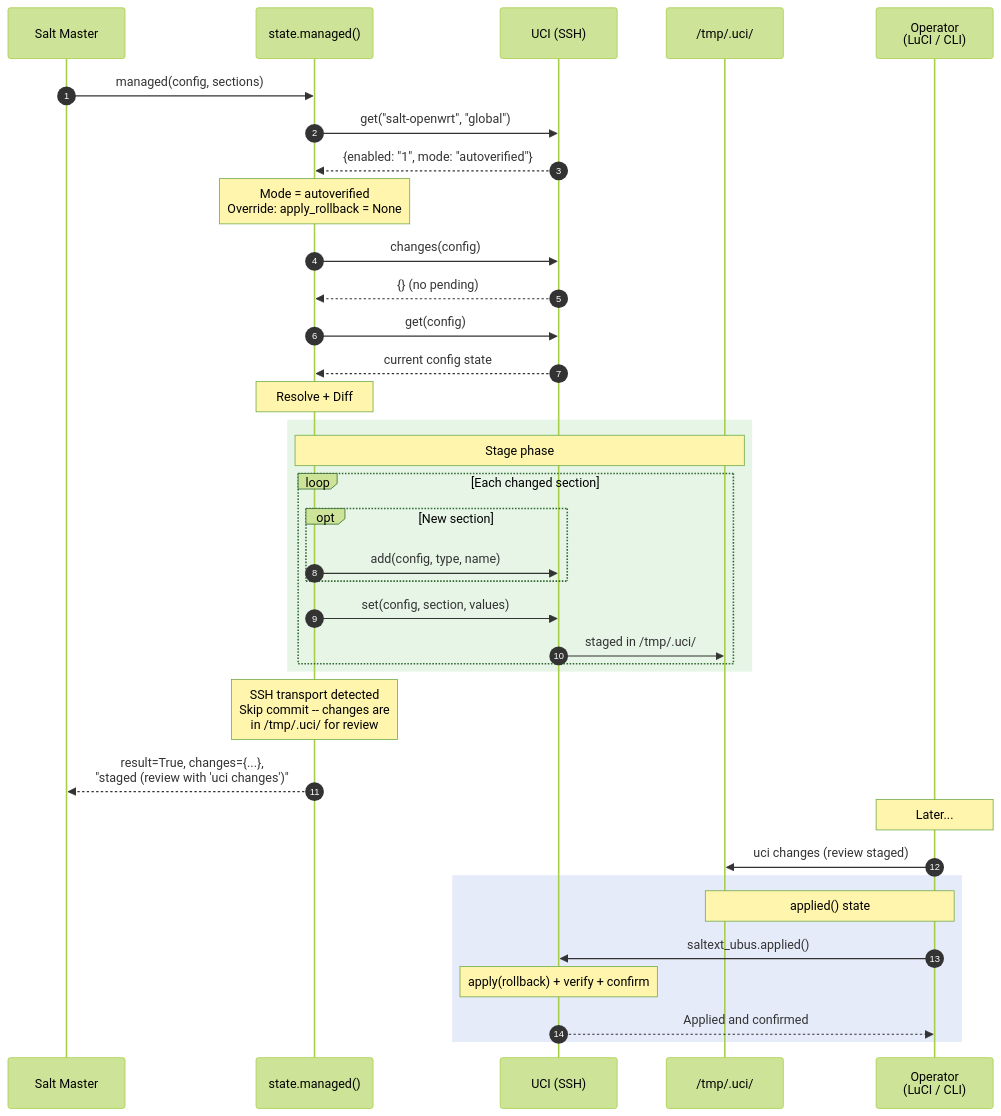
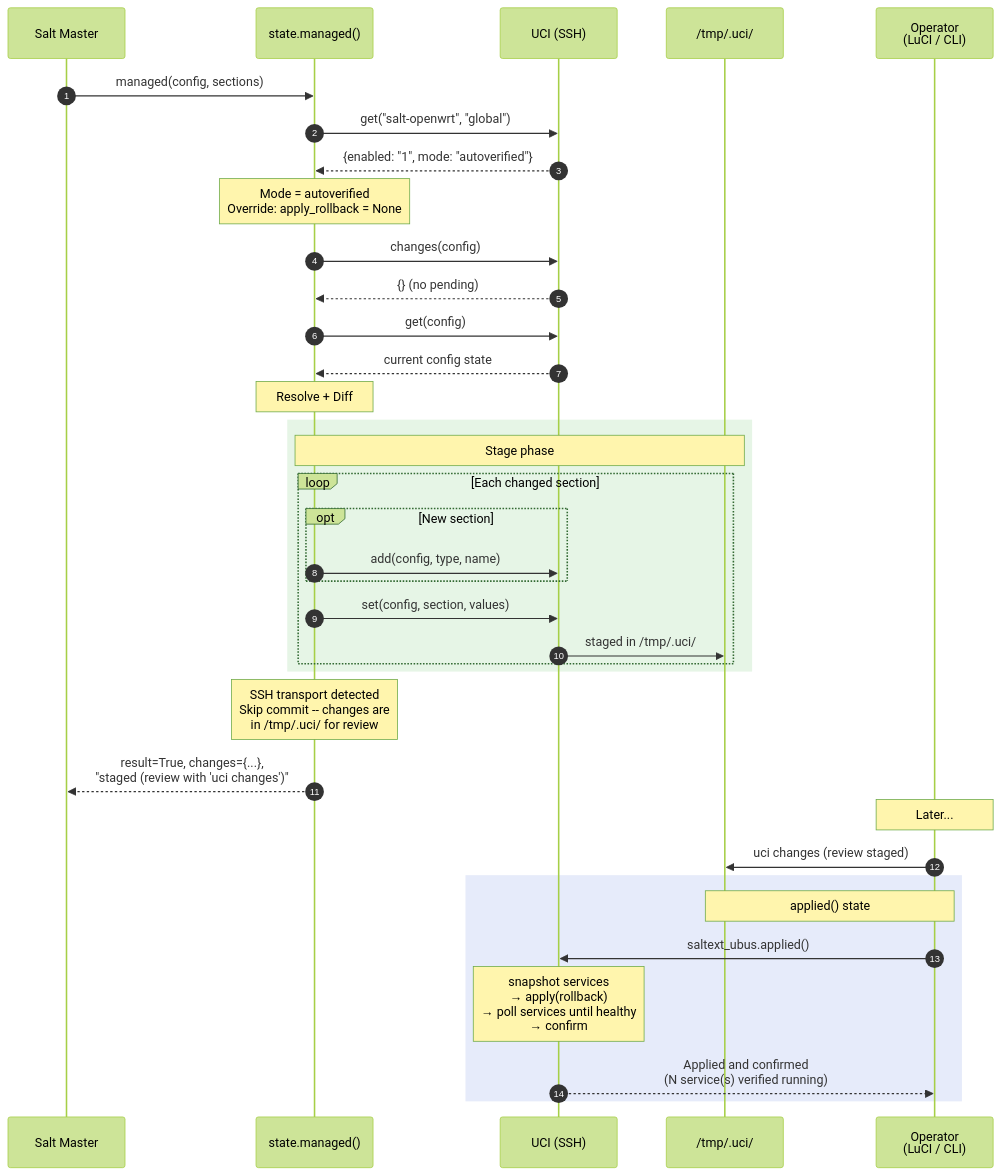
Before and after one commit to cprima-homelab/saltext-openwrt-ubus: the third of 7 diagrams in docs/topics/managed-flow.md, drawn with Mermaid (forest theme). The commit also changed other lines of this file, not shown here.

First line of the commit message:
Update sequence diagrams for service health verification

````diff
--- a/docs/topics/managed-flow.md
+++ b/docs/topics/managed-flow.md
@@ -139,48 +159,48 @@
 ```{mermaid}
 sequenceDiagram
     autonumber
     participant Master as Salt Master
     participant State as state.managed()
     participant UCI as UCI (SSH)
     participant Device as /tmp/.uci/
     participant Human as Operator<br/>(LuCI / CLI)
 
     Master->>State: managed(config, sections)
     State->>UCI: get("salt-openwrt", "global")
     UCI-->>State: {enabled: "1", mode: "autoverified"}
 
     Note over State: Mode = autoverified<br/>Override: apply_rollback = None
 
     State->>UCI: changes(config)
     UCI-->>State: {} (no pending)
 
     State->>UCI: get(config)
     UCI-->>State: current config state
 
     Note over State: Resolve + Diff
 
     rect rgb(230, 245, 230)
         Note over State,Device: Stage phase
         loop Each changed section
             opt New section
                 State->>UCI: add(config, type, name)
             end
             State->>UCI: set(config, section, values)
             UCI->>Device: staged in /tmp/.uci/
         end
     end
 
     Note over State: SSH transport detected<br/>Skip commit -- changes are<br/>in /tmp/.uci/ for review
 
     State-->>Master: result=True, changes={...},<br/>"staged (review with 'uci changes')"
 
     Note over Human: Later...
     Human->>Device: uci changes (review staged)
 
     rect rgb(230, 235, 250)
         Note over Human,Device: applied() state
         Human->>UCI: saltext_ubus.applied()
-        Note over UCI: apply(rollback) + verify + confirm
-        UCI-->>Human: Applied and confirmed
+        Note over UCI: snapshot services<br/>→ apply(rollback)<br/>→ poll services until healthy<br/>→ confirm
+        UCI-->>Human: Applied and confirmed<br/>(N service(s) verified running)
     end
 ```
````
